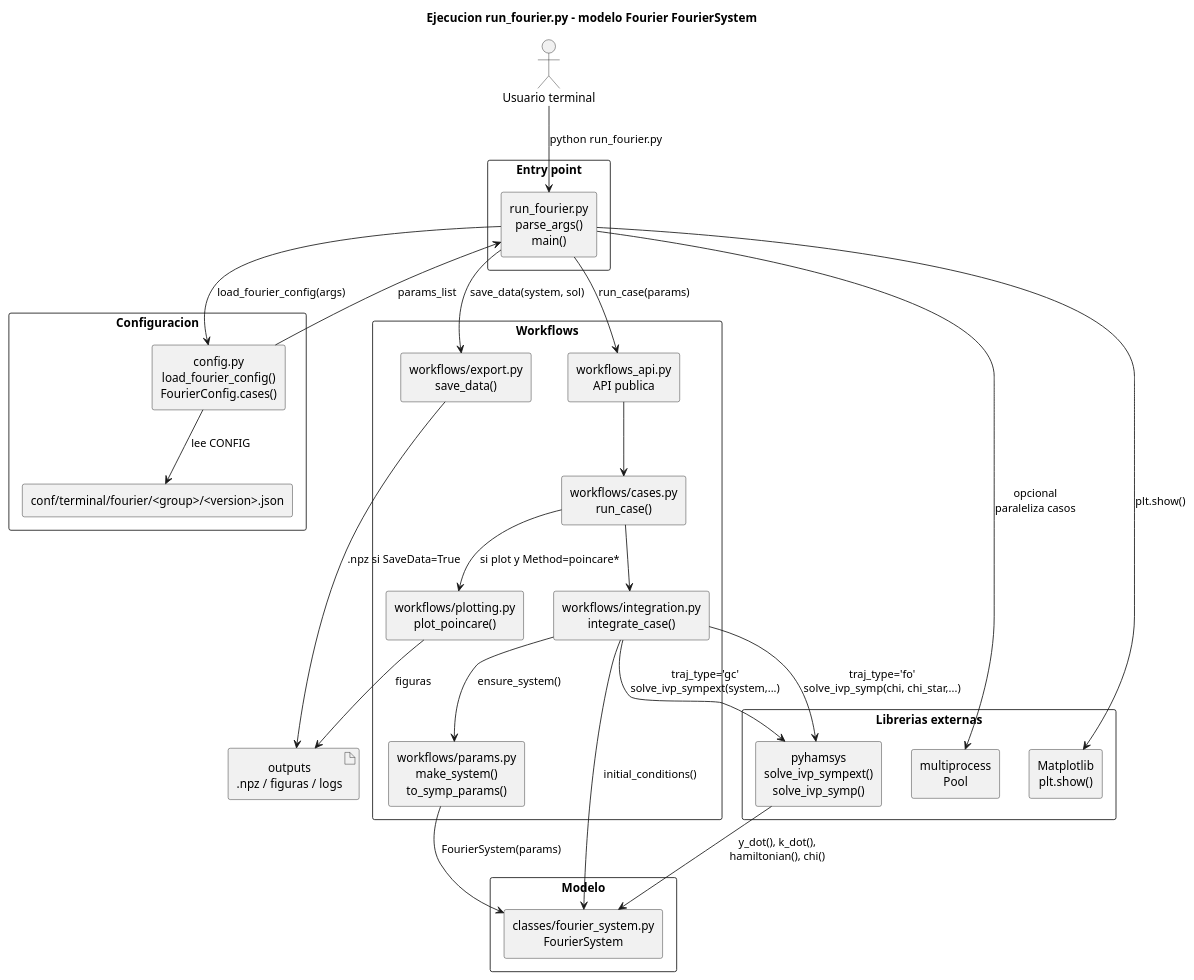
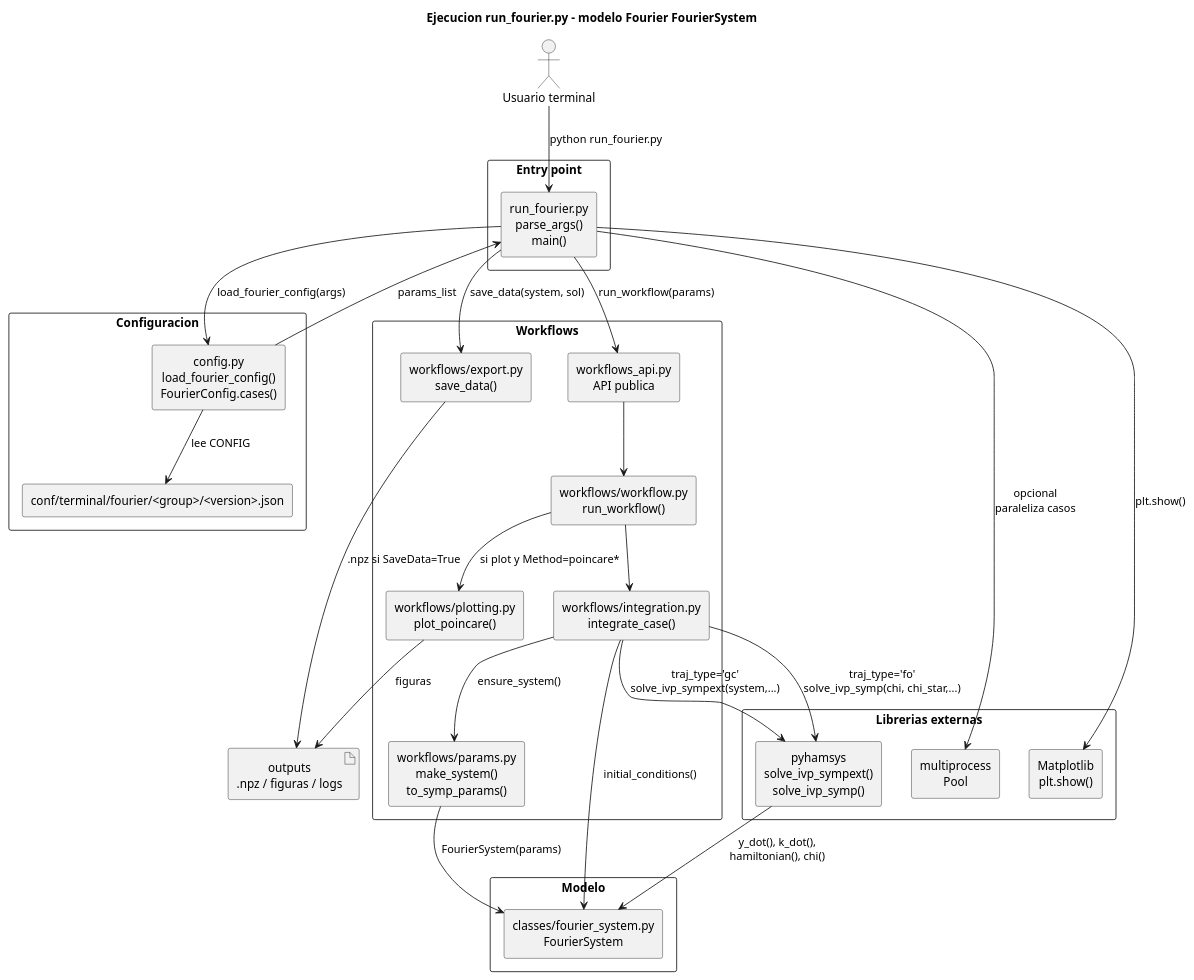
The diagram in docs/fourier_execution/flow.puml (Jugibe-52/GC2D_intranet), drawn with PlantUML before and after one commit. The commit also changed 11 other files, not shown here.

Commit message:
Rename case runner workflow

```diff
--- a/docs/fourier_execution/flow.puml
+++ b/docs/fourier_execution/flow.puml
@@ -1,64 +1,64 @@
 @startuml FourierSystem_execution_flow
 title Ejecucion run_fourier.py - modelo Fourier FourierSystem
 
 skinparam componentStyle rectangle
 skinparam shadowing false
 skinparam packageStyle rectangle
 skinparam defaultTextAlignment center
 
 actor "Usuario terminal" as user
 
 package "Entry point" {
   component "run_fourier.py\nparse_args()\nmain()" as cli
 }
 
 package "Configuracion" {
   component "conf/terminal/fourier/<group>/<version>.json" as json
   component "config.py\nload_fourier_config()\nFourierConfig.cases()" as config
 }
 
 package "Workflows" {
   component "workflows_api.py\nAPI publica" as api
   component "workflows/params.py\nmake_system()\nto_symp_params()" as params
-  component "workflows/cases.py\nrun_case()" as cases
+  component "workflows/workflow.py\nrun_workflow()" as workflow
   component "workflows/integration.py\nintegrate_case()" as integration
   component "workflows/export.py\nsave_data()" as export
   component "workflows/plotting.py\nplot_poincare()" as plotting
 }
 
 package "Modelo" {
   component "classes/fourier_system.py\nFourierSystem" as fourier_system
 }
 
 package "Librerias externas" {
   component "pyhamsys\nsolve_ivp_sympext()\nsolve_ivp_symp()" as pyhamsys
   component "multiprocess\nPool" as mp
   component "Matplotlib\nplt.show()" as mpl
 }
 
 artifact "outputs\n.npz / figuras / logs" as outputs
 
 user --> cli : python run_fourier.py
 cli --> config : load_fourier_config(args)
 config --> json : lee CONFIG
 config --> cli : params_list
 
 cli --> mp : opcional\nparaleliza casos
-cli --> api : run_case(params)
-api --> cases
-cases --> integration
+cli --> api : run_workflow(params)
+api --> workflow
+workflow --> integration
 integration --> params : ensure_system()
 params --> fourier_system : FourierSystem(params)
 integration --> fourier_system : initial_conditions()
 
 integration --> pyhamsys : traj_type='gc'\nsolve_ivp_sympext(system,...)
 integration --> pyhamsys : traj_type='fo'\nsolve_ivp_symp(chi, chi_star,...)
 pyhamsys --> fourier_system : y_dot(), k_dot(),\nhamiltonian(), chi()
 
-cases --> plotting : si plot y Method=poincare*
+workflow --> plotting : si plot y Method=poincare*
 cli --> export : save_data(system, sol)
 export --> outputs : .npz si SaveData=True
 plotting --> outputs : figuras
 cli --> mpl : plt.show()
 
 @enduml
```
